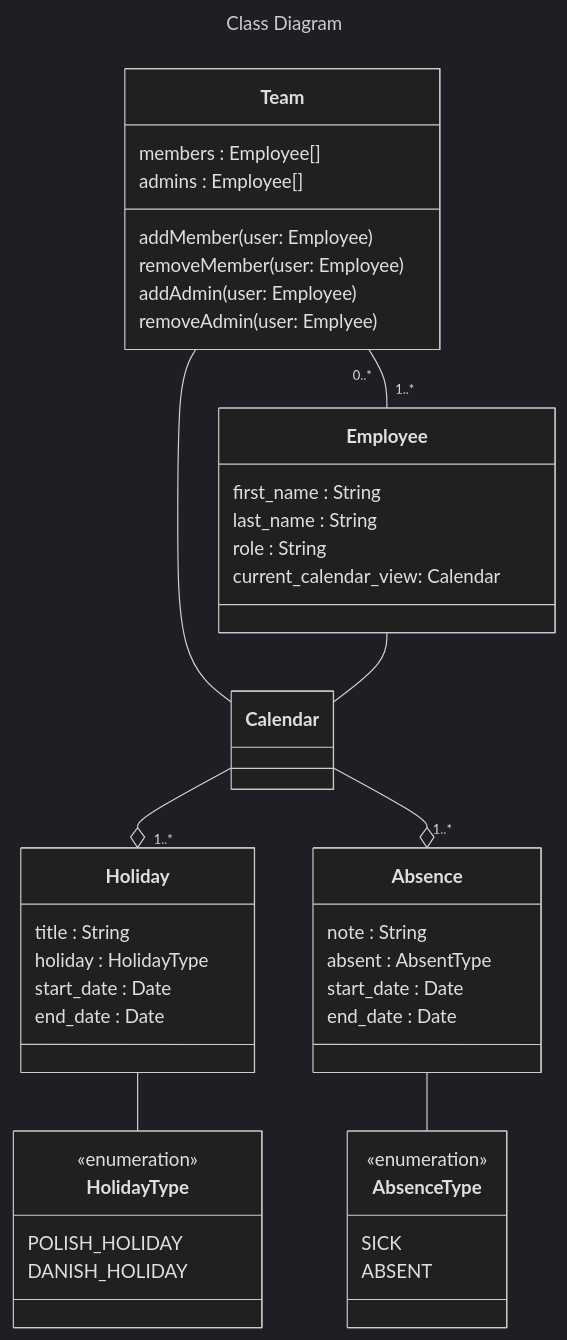
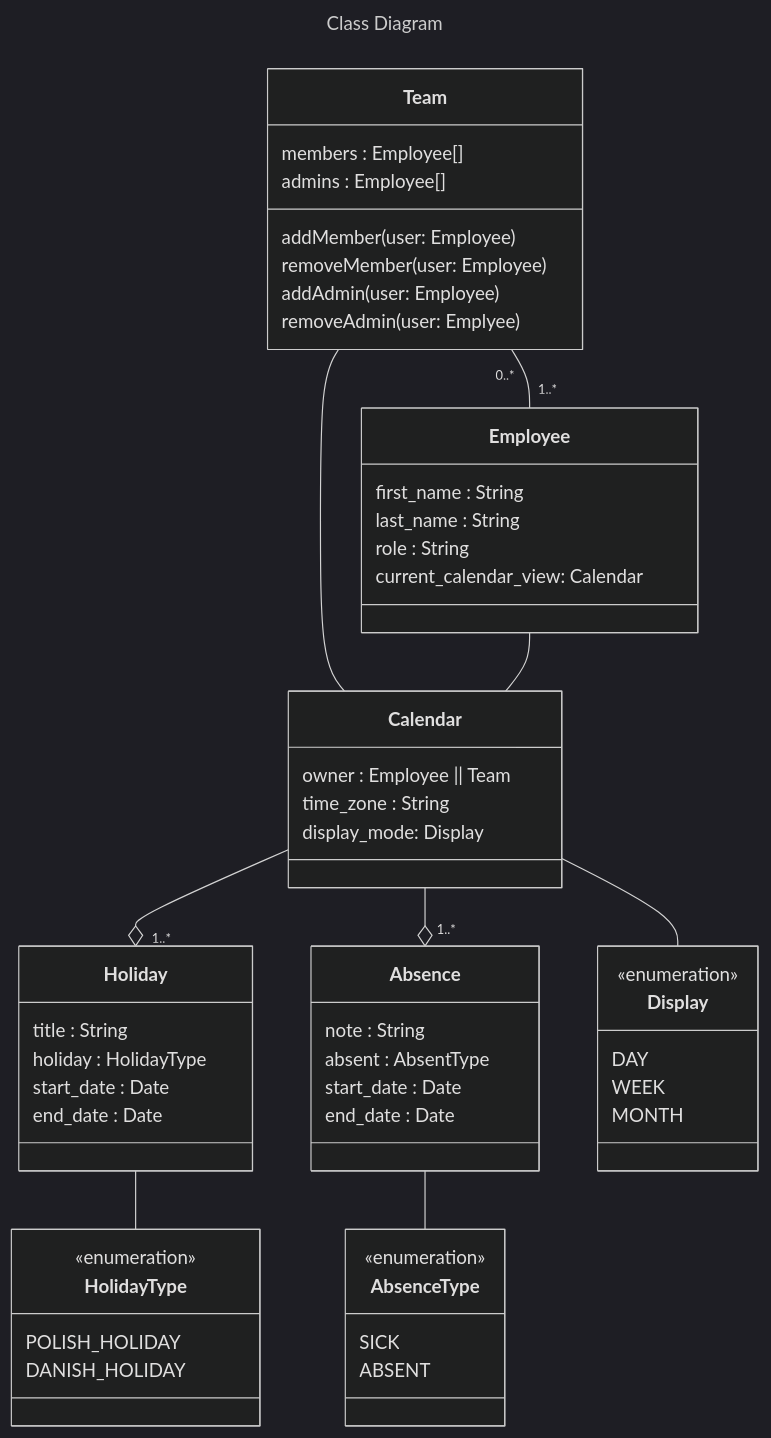
The diagram in class_diagram.md (cs-24-sw-3-01/uml), drawn with Mermaid (dark theme) before and after one commit.

````diff
--- a/class_diagram.md
+++ b/class_diagram.md
@@ -22,6 +22,7 @@
 
     Absence -- AbsenceType
 
+    Calendar -- Display
 
 
 
@@ -37,6 +38,14 @@
         SICK
         ABSENT
     }
+
+    class Display {
+        <<enumeration>>
+        DAY
+        WEEK
+        MONTH
+    }
+
 
 
 
@@ -74,6 +83,9 @@
     }
 
     class Calendar {
+        owner : Employee || Team
+        time_zone : String
+        display_mode: Display
 
 
     }
@@ -89,4 +101,6 @@
 
 
 
+
+
 ```
````
